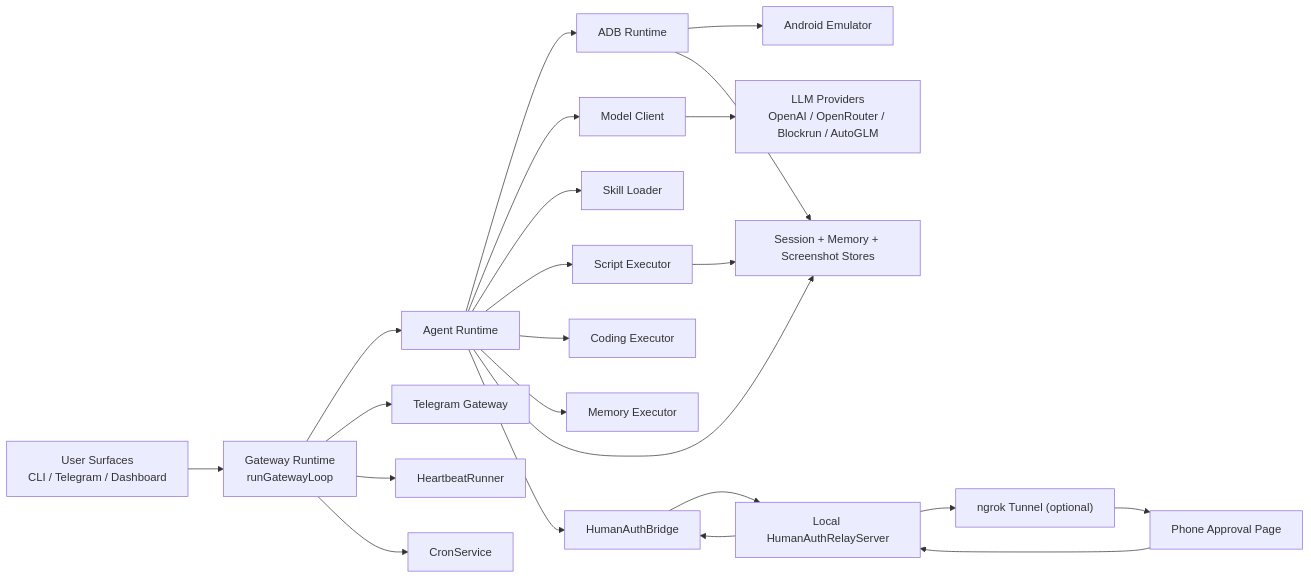
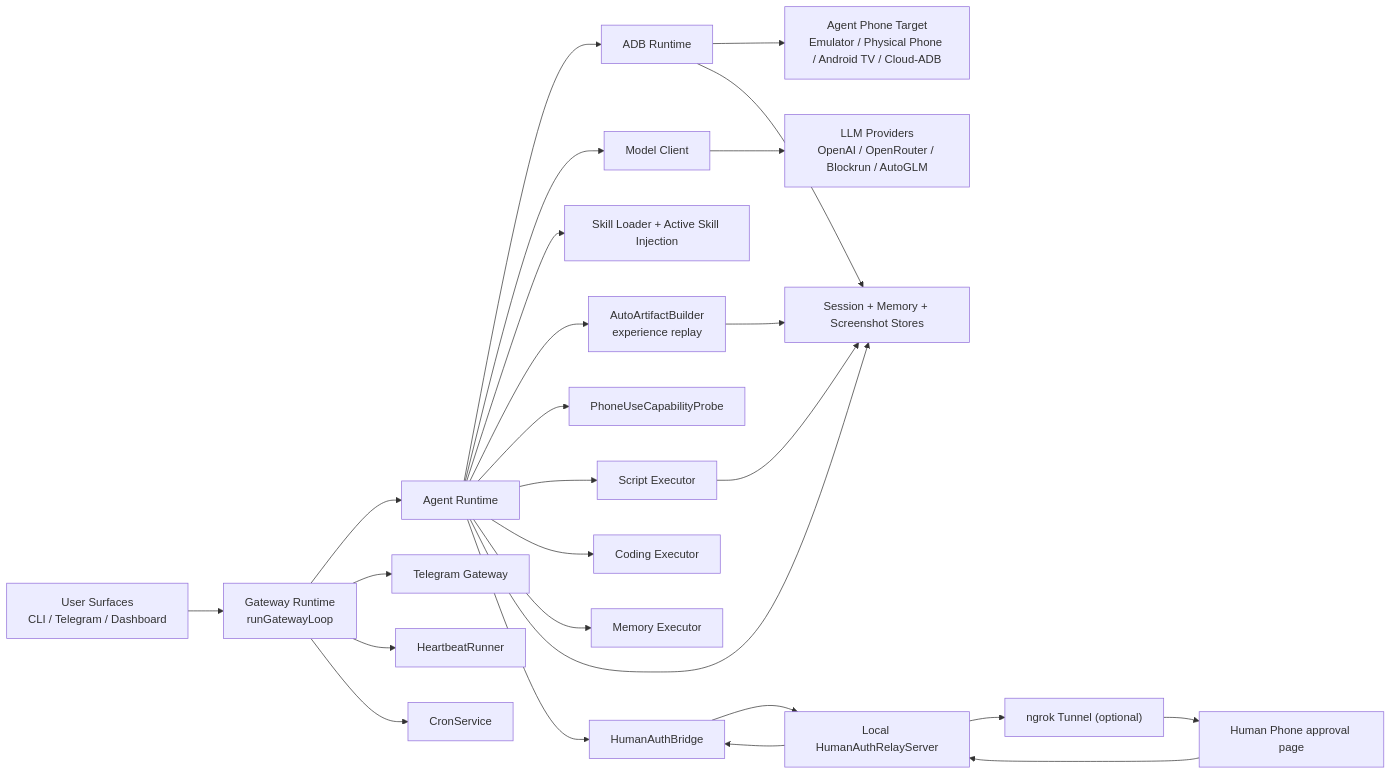
The diagram in frontend/concepts/architecture.md (pockebot/openpocket), drawn with Mermaid before and after one commit. The commit also changed other lines of this file and 12 other files, not shown here.

Commit message:
docs: align main docs with multi-target runtime and auto-skill engine

````diff
--- a/frontend/concepts/architecture.md
+++ b/frontend/concepts/architecture.md
@@ -7,29 +7,32 @@
 ```mermaid
 flowchart LR
   U["User Surfaces<br/>CLI / Telegram / Dashboard"] --> G["Gateway Runtime<br/>runGatewayLoop"]
   G --> A["Agent Runtime"]
   A --> D["ADB Runtime"]
-  D --> E["Android Emulator"]
+  D --> T["Agent Phone Target<br/>Emulator / Physical Phone / Android TV / Cloud-ADB"]
 
   G --> TG["Telegram Gateway"]
   G --> H["HeartbeatRunner"]
   G --> C["CronService"]
 
   A --> M["Model Client"]
   M --> P["LLM Providers<br/>OpenAI / OpenRouter / Blockrun / AutoGLM"]
 
-  A --> SK["Skill Loader"]
+  A --> SK["Skill Loader + Active Skill Injection"]
+  A --> AB["AutoArtifactBuilder<br/>experience replay"]
+  A --> CP["PhoneUseCapabilityProbe"]
   A --> SE["Script Executor"]
   A --> CE["Coding Executor"]
   A --> ME["Memory Executor"]
   A --> S["Session + Memory + Screenshot Stores"]
   D --> S
   SE --> S
+  AB --> S
 
   A --> HB["HumanAuthBridge"]
   HB --> R["Local HumanAuthRelayServer"]
   R --> N["ngrok Tunnel (optional)"]
-  N --> PH["Phone Approval Page"]
+  N --> PH["Human Phone approval page"]
   PH --> R
   R --> HB
 ```
````
